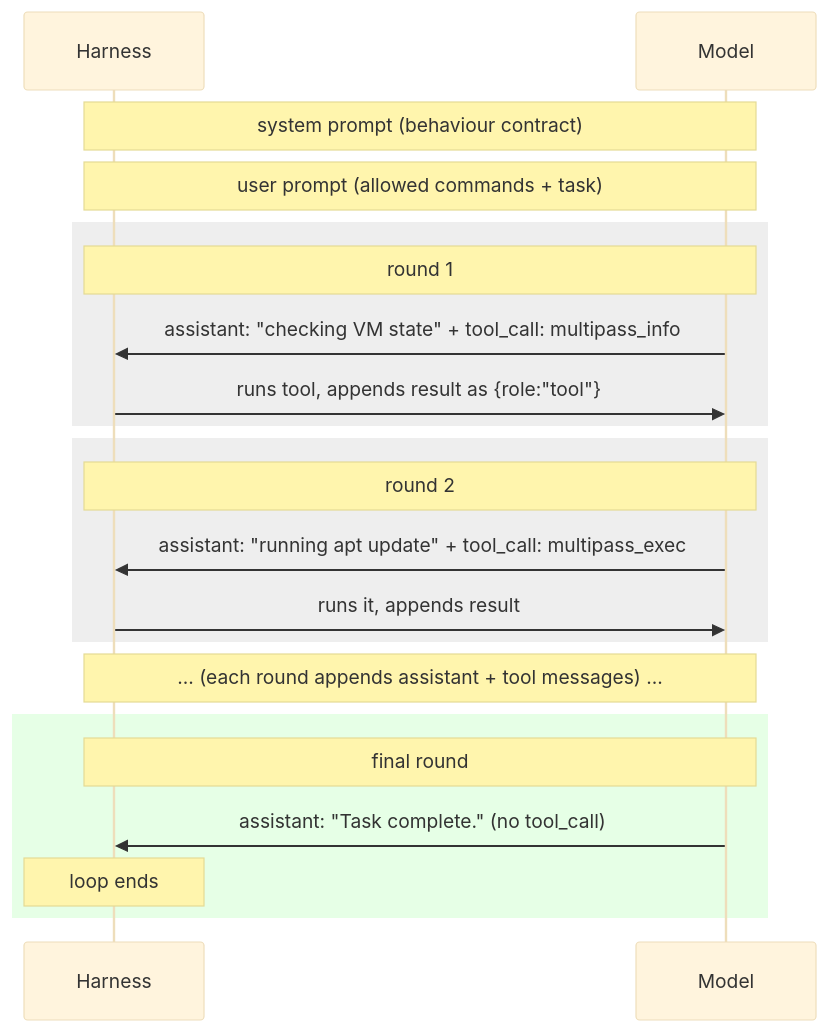
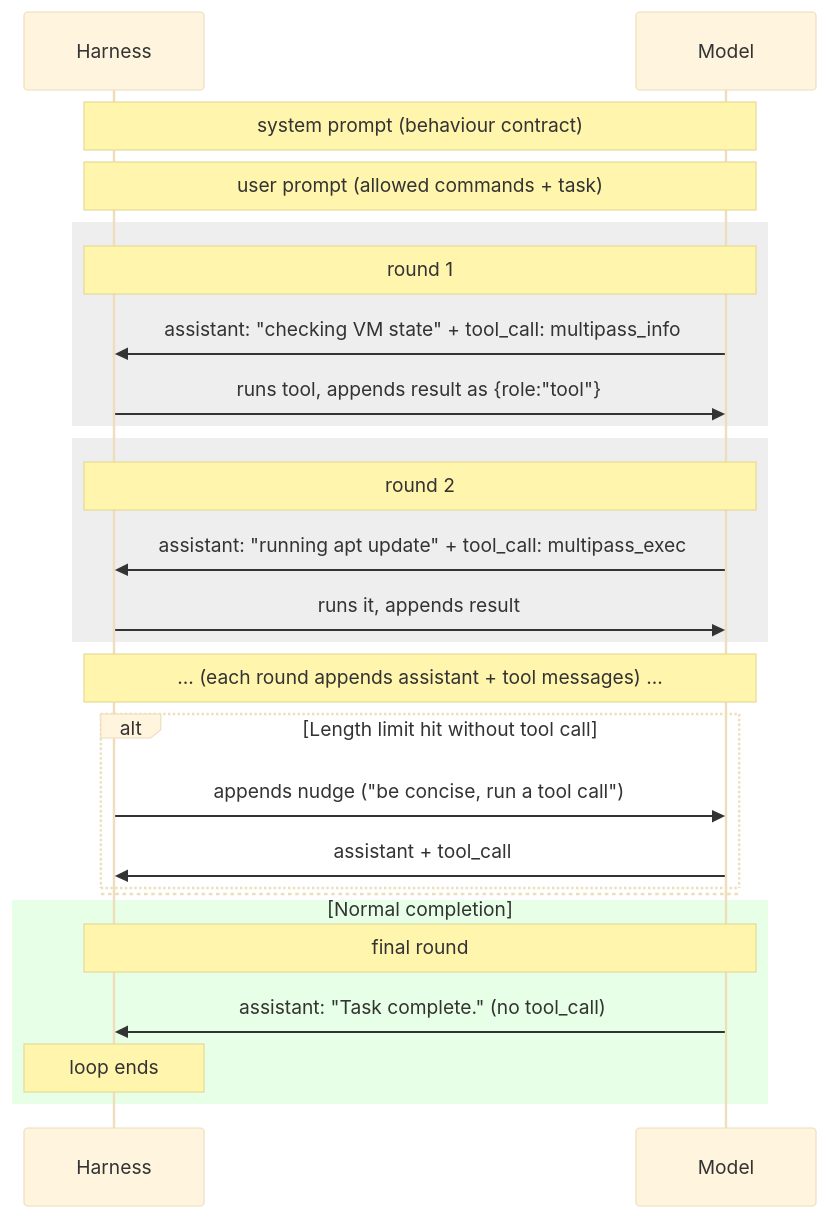
The diagram in docs/explaination/tool_calling.md (trollLemon/MPHarness), drawn with Mermaid (base theme) before and after one commit. The commit also changed other lines of this file and 8 other files, not shown here.

````diff
--- a/docs/explaination/tool_calling.md
+++ b/docs/explaination/tool_calling.md
@@ -47,28 +47,34 @@
 ```mermaid
 sequenceDiagram
     participant Harness
     participant Model
 
     Note over Harness,Model: system prompt (behaviour contract)
     Note over Harness,Model: user prompt (allowed commands + task)
 
     rect rgb(238, 238, 238)
     Note over Harness,Model: round 1
     Model->>Harness: assistant: "checking VM state" + tool_call: multipass_info
     Harness->>Model: runs tool, appends result as {role:"tool"}
     end
 
     rect rgb(238, 238, 238)
     Note over Harness,Model: round 2
     Model->>Harness: assistant: "running apt update" + tool_call: multipass_exec
     Harness->>Model: runs it, appends result
     end
 
     Note over Harness,Model: ... (each round appends assistant + tool messages) ...
 
+    alt Length limit hit without tool call
+        Harness->>Model: appends nudge ("be concise, run a tool call")
+        Model->>Harness: assistant + tool_call
+    else Normal completion
+    end
+
     rect rgb(230, 255, 230)
     Note over Harness,Model: final round
     Model->>Harness: assistant: "Task complete." (no tool_call)
     Note over Harness: loop ends
     end
 ```
````
